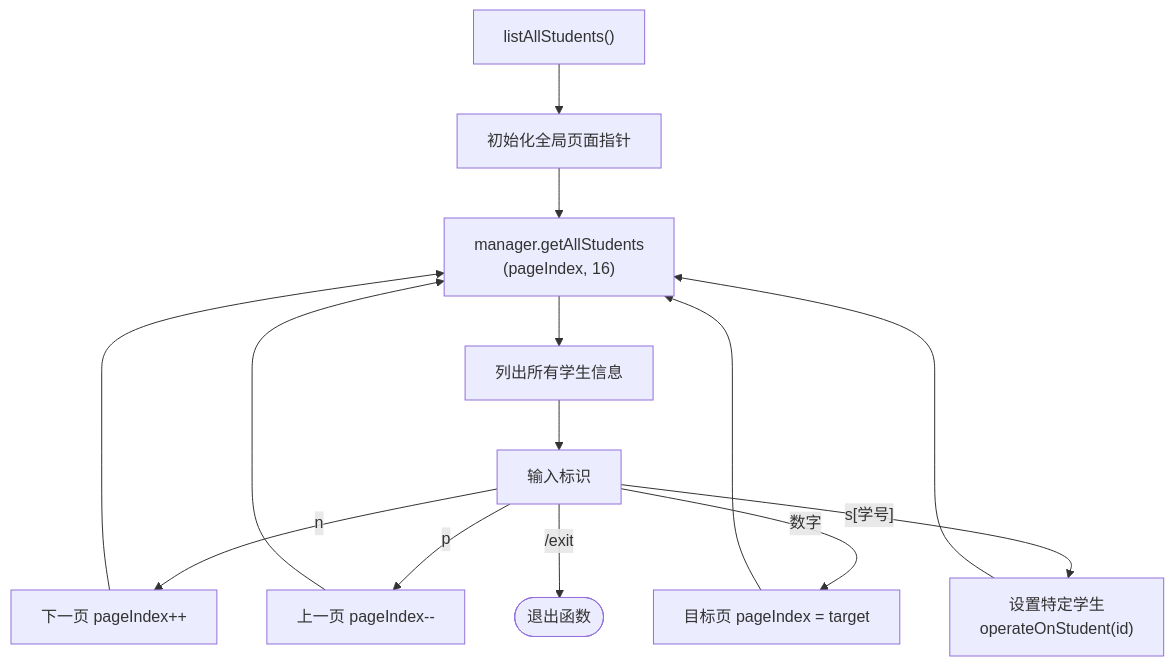
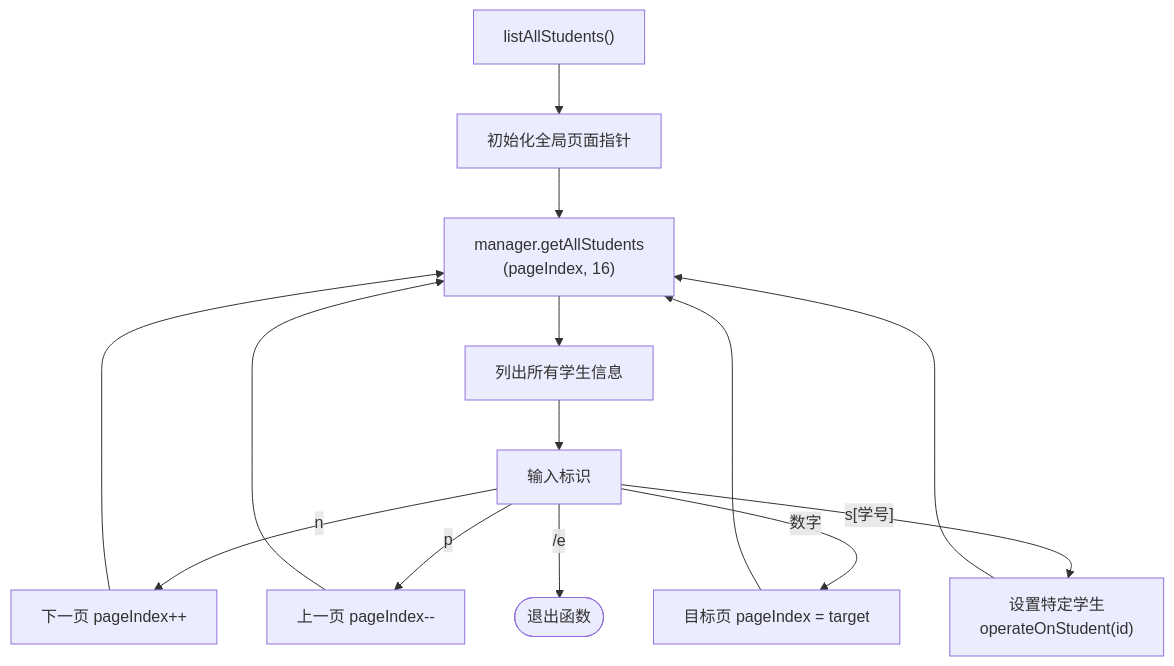
One commit to forer-lika777/Heyiwei changed the fourth of 19 diagrams in README.md. Above: the diagram before and after it, drawn with Mermaid. The commit also changed other lines of this file and 9 other files, not shown here.

````diff
--- a/README.md
+++ b/README.md
@@ -839,18 +195,18 @@
 ```mermaid
 flowchart TD
     start["listAllStudents()"] --> init_pointer[初始化全局页面指针]
     init_pointer --> get_students["manager.getAllStudents<br/>(pageIndex, 16)"]
     get_students --> show_info[列出所有学生信息]
 
     show_info --> entry[输入标识]
     entry --> |n| next_page[下一页 pageIndex++]
     entry --> |p| previous_page[上一页 pageIndex--]
     entry --> |数字| target_page[目标页 pageIndex = target]
     entry --> |"s[学号]"| operate_on_student["设置特定学生<br/>operateOnStudent(id)"]
-    entry --> |"/exit"| exit([退出函数])
+    entry --> |"/e"| exit([退出函数])
 
     next_page --> get_students
     previous_page --> get_students
     target_page --> get_students
     operate_on_student --> get_students
 ```
````
